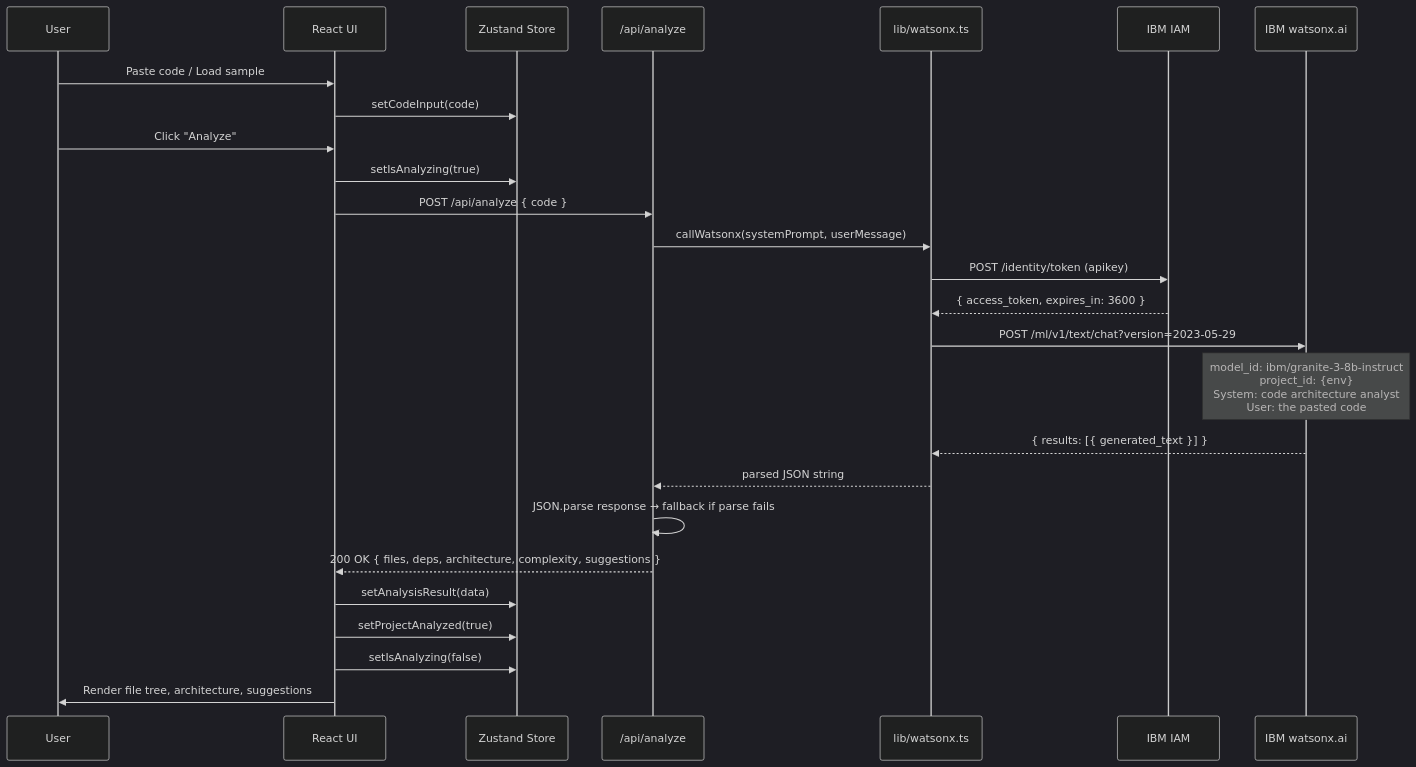
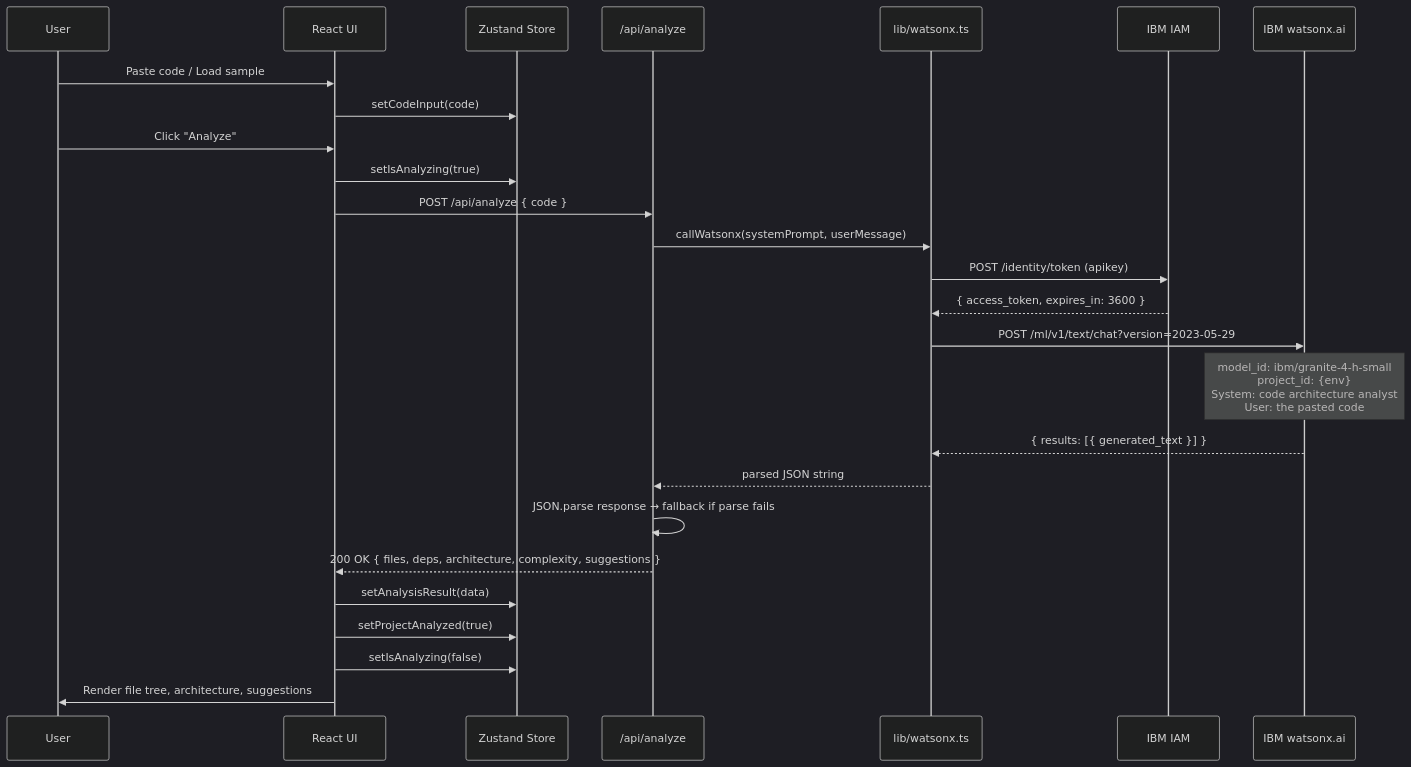
Before and after one commit to arcxteam/IBM-Bob-Code: the third of 21 diagrams in ARCHITECTURE.md, drawn with Mermaid (dark theme). The commit also changed other lines of this file and 25 other files, not shown here.

````diff
--- a/ARCHITECTURE.md
+++ b/ARCHITECTURE.md
@@ -196,29 +208,29 @@
 ```mermaid
 sequenceDiagram
     participant U as User
     participant UI as React UI
     participant S as Zustand Store
     participant API as /api/analyze
     participant WX as lib/watsonx.ts
     participant IAM as IBM IAM
     participant WXAI as IBM watsonx.ai
 
     U->>UI: Paste code / Load sample
     UI->>S: setCodeInput(code)
     U->>UI: Click "Analyze"
     UI->>S: setIsAnalyzing(true)
     UI->>API: POST /api/analyze { code }
     API->>WX: callWatsonx(systemPrompt, userMessage)
     WX->>IAM: POST /identity/token (apikey)
     IAM-->>WX: { access_token, expires_in: 3600 }
     WX->>WXAI: POST /ml/v1/text/chat?version=2023-05-29
-    Note over WXAI: model_id: ibm/granite-3-8b-instruct<br/>project_id: {env}<br/>System: code architecture analyst<br/>User: the pasted code
+    Note over WXAI: model_id: ibm/granite-4-h-small<br/>project_id: {env}<br/>System: code architecture analyst<br/>User: the pasted code
     WXAI-->>WX: { results: [{ generated_text }] }
     WX-->>API: parsed JSON string
     API->>API: JSON.parse response → fallback if parse fails
     API-->>UI: 200 OK { files, deps, architecture, complexity, suggestions }
     UI->>S: setAnalysisResult(data)
     UI->>S: setProjectAnalyzed(true)
     UI->>S: setIsAnalyzing(false)
     UI->>U: Render file tree, architecture, suggestions
 ```
````
